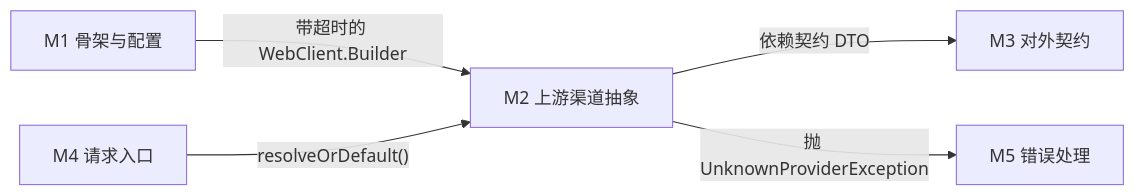
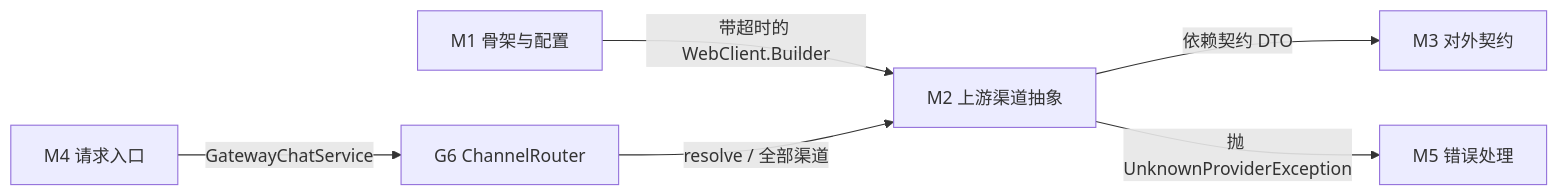
Before and after one commit to maixiaowen111/llm-gateway: the second of 2 diagrams in docs/01-modules/02-上游渠道抽象/_index.md, drawn with Mermaid. The commit also changed other lines of this file and 36 other files, not shown here.

````diff
--- a/docs/01-modules/02-上游渠道抽象/_index.md
+++ b/docs/01-modules/02-上游渠道抽象/_index.md
@@ -118,7 +125,8 @@
 ```mermaid
 graph LR
     M1["M1 骨架与配置"] -->|"带超时的 WebClient.Builder"| M2["M2 上游渠道抽象"]
     M2 -->|"依赖契约 DTO"| M3["M3 对外契约"]
     M2 -->|"抛 UnknownProviderException"| M5["M5 错误处理"]
-    M4["M4 请求入口"] -->|"resolveOrDefault()"| M2
+    M4["M4 请求入口"] -->|"GatewayChatService"| RT["G6 ChannelRouter"]
+    RT -->|"resolve / 全部渠道"| M2
 ```
````
